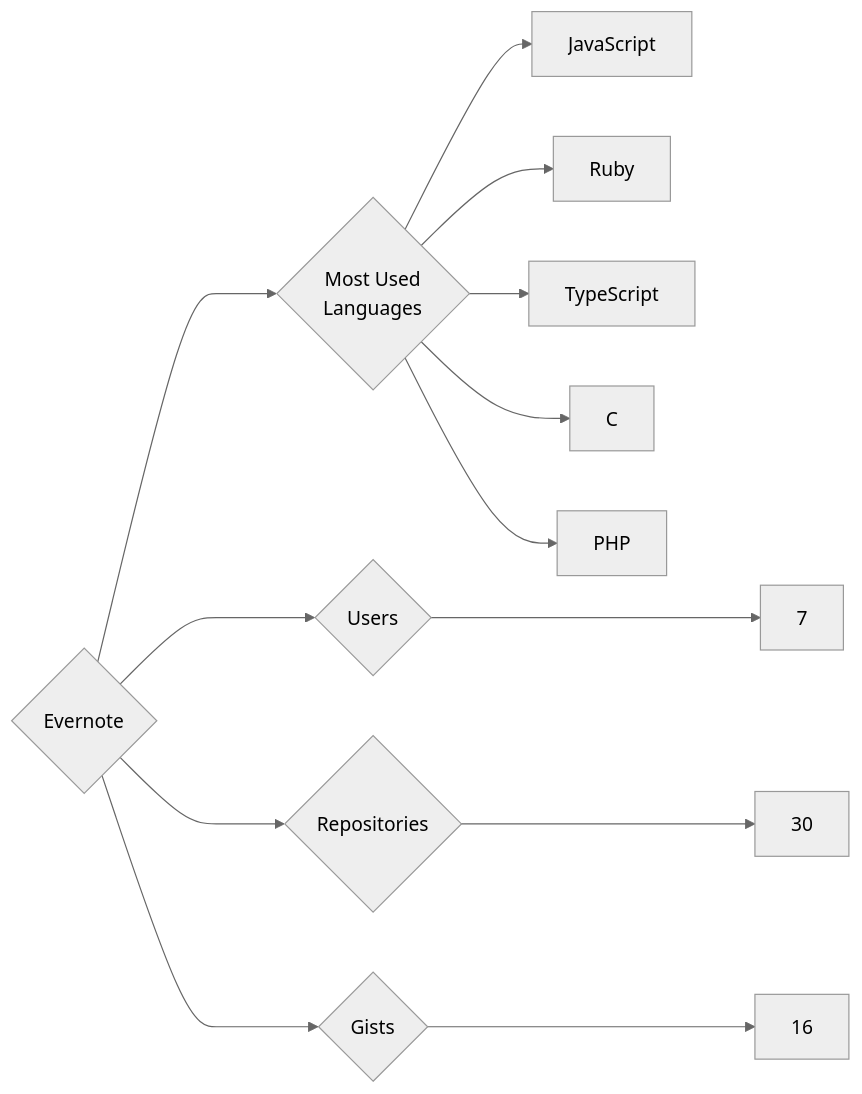
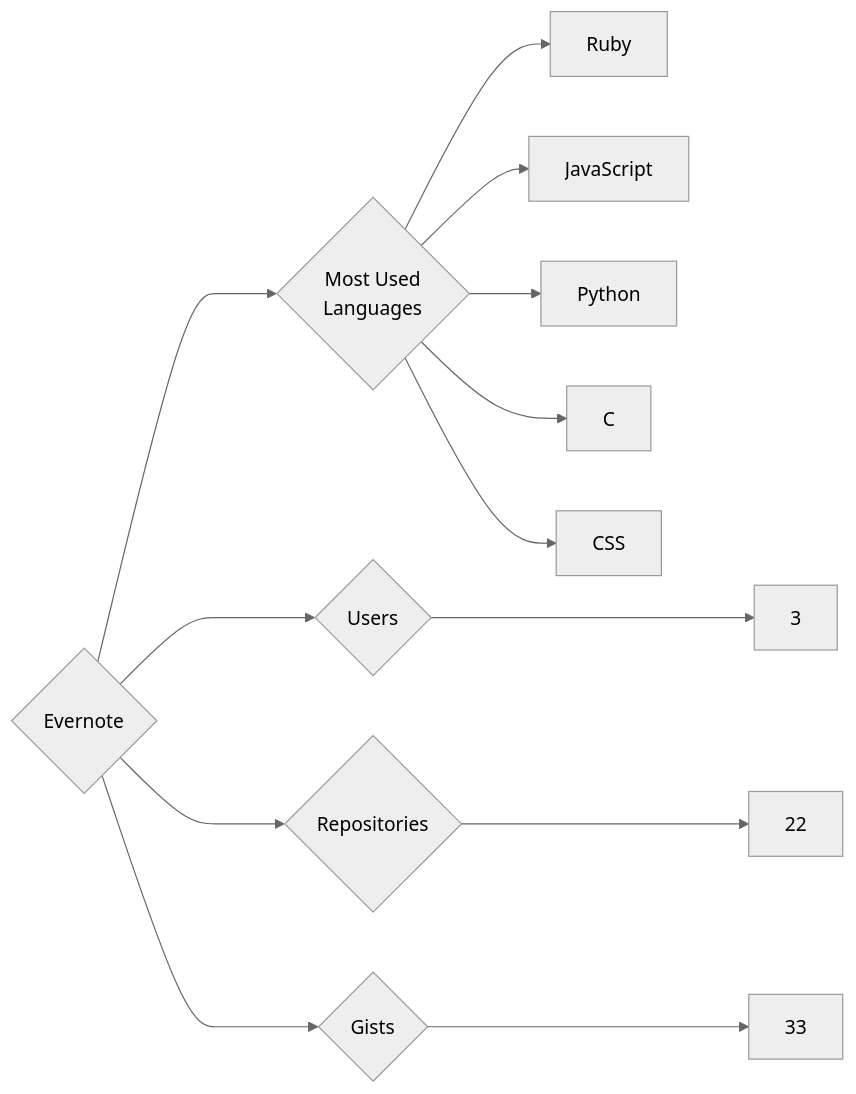
The diagram in targets/Evernote/README.md (trickest/insiders), drawn with Mermaid (neutral theme) before and after one commit. The commit also changed 1166 other files, not shown here.

````diff
--- a/targets/Evernote/README.md
+++ b/targets/Evernote/README.md
@@ -3,13 +3,13 @@
 ```mermaid
 graph LR
 COMPANY_NAME{Evernote}
-COMPANY_NAME ---> U{Users} ---> UN[7]
-COMPANY_NAME ---> R{Repositories} ---> RN[30]
-COMPANY_NAME ---> G{Gists} ---> GN[16]
+COMPANY_NAME ---> U{Users} ---> UN[3]
+COMPANY_NAME ---> R{Repositories} ---> RN[22]
+COMPANY_NAME ---> G{Gists} ---> GN[33]
 COMPANY_NAME ---> ML{Most Used<br>Languages}
+ML --> Ruby[Ruby]
 ML --> JavaScript[JavaScript]
-ML --> Ruby[Ruby]
-ML --> TypeScript[TypeScript]
+ML --> Python[Python]
 ML --> C[C]
-ML --> PHP[PHP]
+ML --> CSS[CSS]
 ```
````
